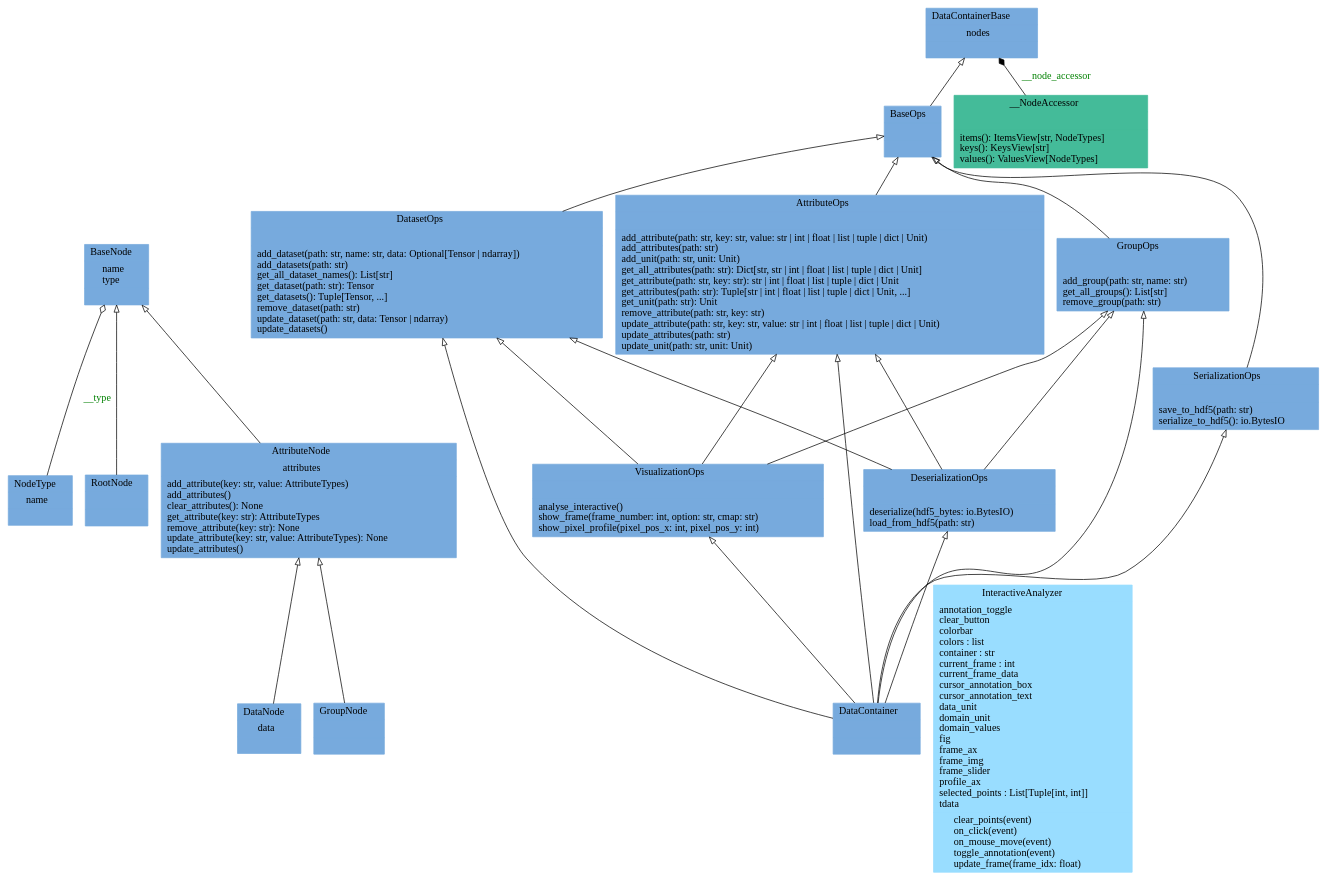
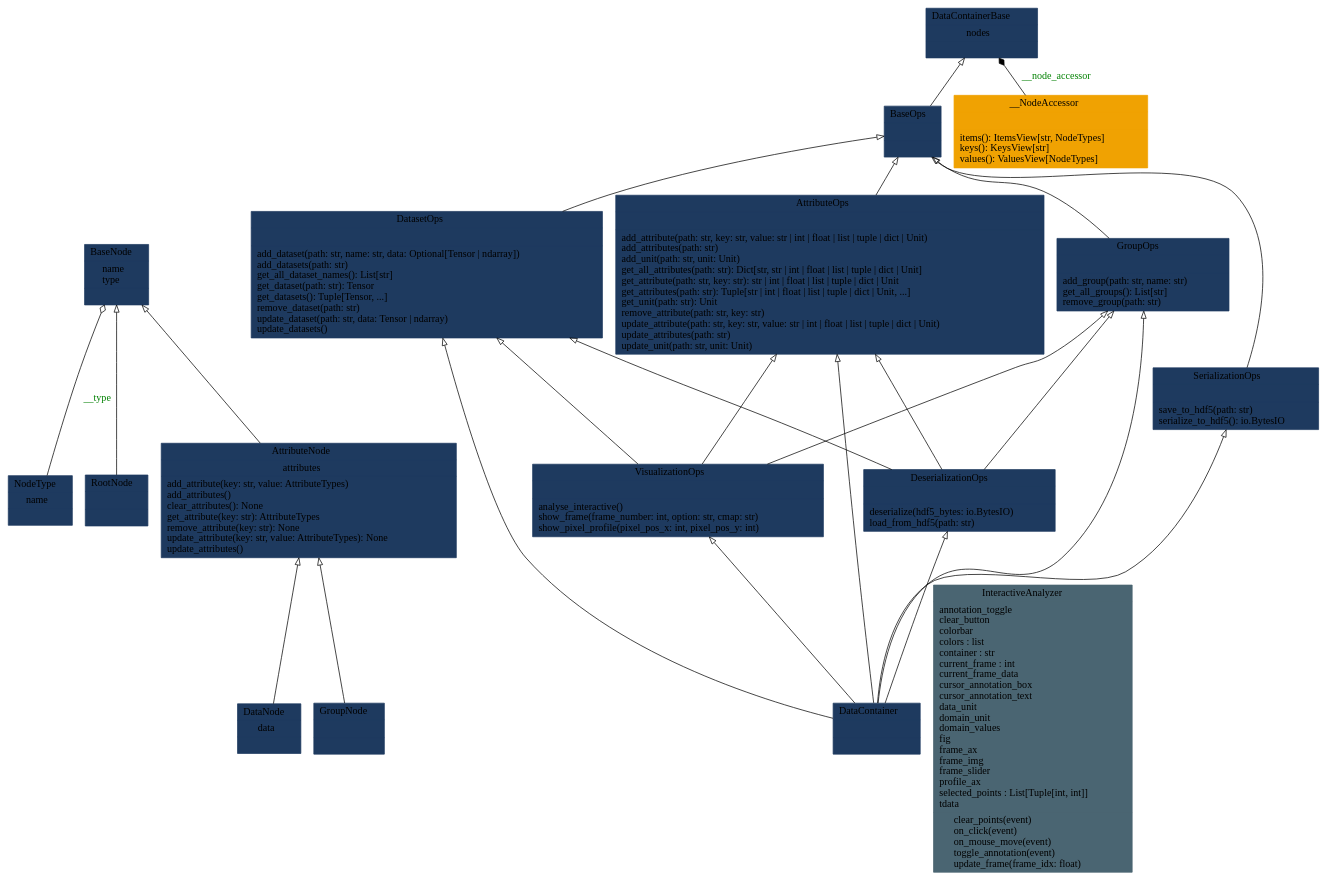
Before and after one commit to voidsy-gmbh/pyThermoNDT: the diagram in docs/pyreverse/classes_pythermondt.data.datacontainer.gv, drawn with Graphviz. The commit also changed 25 other files, not shown here.

Commit message:
Update pyreverse diagrams

```diff
--- a/docs/pyreverse/classes_pythermondt.data.datacontainer.gv
+++ b/docs/pyreverse/classes_pythermondt.data.datacontainer.gv
@@ -1,23 +1,23 @@
 digraph "classes_pythermondt.data.datacontainer" {
 rankdir=BT
 charset="utf-8"
-"pythermondt.data.datacontainer.node.AttributeNode" [color="#77AADD", fontcolor="black", label=<{AttributeNode|attributes<br ALIGN="LEFT"/>|add_attribute(key: str, value: AttributeTypes)<br ALIGN="LEFT"/>add_attributes()<br ALIGN="LEFT"/>clear_attributes(): None<br ALIGN="LEFT"/>get_attribute(key: str): AttributeTypes<br ALIGN="LEFT"/>remove_attribute(key: str): None<br ALIGN="LEFT"/>update_attribute(key: str, value: AttributeTypes): None<br ALIGN="LEFT"/>update_attributes()<br ALIGN="LEFT"/>}>, shape="record", style="filled"];
-"pythermondt.data.datacontainer.attribute_ops.AttributeOps" [color="#77AADD", fontcolor="black", label=<{AttributeOps|<br ALIGN="LEFT"/>|add_attribute(path: str, key: str, value: str \| int \| float \| list \| tuple \| dict \| Unit)<br ALIGN="LEFT"/>add_attributes(path: str)<br ALIGN="LEFT"/>add_unit(path: str, unit: Unit)<br ALIGN="LEFT"/>get_all_attributes(path: str): Dict[str, str \| int \| float \| list \| tuple \| dict \| Unit]<br ALIGN="LEFT"/>get_attribute(path: str, key: str): str \| int \| float \| list \| tuple \| dict \| Unit<br ALIGN="LEFT"/>get_attributes(path: str): Tuple[str \| int \| float \| list \| tuple \| dict \| Unit, ...]<br ALIGN="LEFT"/>get_unit(path: str): Unit<br ALIGN="LEFT"/>remove_attribute(path: str, key: str)<br ALIGN="LEFT"/>update_attribute(path: str, key: str, value: str \| int \| float \| list \| tuple \| dict \| Unit)<br ALIGN="LEFT"/>update_attributes(path: str)<br ALIGN="LEFT"/>update_unit(path: str, unit: Unit)<br ALIGN="LEFT"/>}>, shape="record", style="filled"];
-"pythermondt.data.datacontainer.node.BaseNode" [color="#77AADD", fontcolor="black", label=<{BaseNode|name<br ALIGN="LEFT"/>type<br ALIGN="LEFT"/>|}>, shape="record", style="filled"];
-"pythermondt.data.datacontainer.base.BaseOps" [color="#77AADD", fontcolor="black", label=<{BaseOps|<br ALIGN="LEFT"/>|}>, shape="record", style="filled"];
-"pythermondt.data.datacontainer.core.DataContainer" [color="#77AADD", fontcolor="black", label=<{DataContainer|<br ALIGN="LEFT"/>|}>, shape="record", style="filled"];
-"pythermondt.data.datacontainer.base.DataContainerBase" [color="#77AADD", fontcolor="black", label=<{DataContainerBase|nodes<br ALIGN="LEFT"/>|}>, shape="record", style="filled"];
-"pythermondt.data.datacontainer.node.DataNode" [color="#77AADD", fontcolor="black", label=<{DataNode|data<br ALIGN="LEFT"/>|}>, shape="record", style="filled"];
-"pythermondt.data.datacontainer.dataset_ops.DatasetOps" [color="#77AADD", fontcolor="black", label=<{DatasetOps|<br ALIGN="LEFT"/>|add_dataset(path: str, name: str, data: Optional[Tensor \| ndarray])<br ALIGN="LEFT"/>add_datasets(path: str)<br ALIGN="LEFT"/>get_all_dataset_names(): List[str]<br ALIGN="LEFT"/>get_dataset(path: str): Tensor<br ALIGN="LEFT"/>get_datasets(): Tuple[Tensor, ...]<br ALIGN="LEFT"/>remove_dataset(path: str)<br ALIGN="LEFT"/>update_dataset(path: str, data: Tensor \| ndarray)<br ALIGN="LEFT"/>update_datasets()<br ALIGN="LEFT"/>}>, shape="record", style="filled"];
-"pythermondt.data.datacontainer.serialization_ops.DeserializationOps" [color="#77AADD", fontcolor="black", label=<{DeserializationOps|<br ALIGN="LEFT"/>|deserialize(hdf5_bytes: io.BytesIO)<br ALIGN="LEFT"/>load_from_hdf5(path: str)<br ALIGN="LEFT"/>}>, shape="record", style="filled"];
-"pythermondt.data.datacontainer.node.GroupNode" [color="#77AADD", fontcolor="black", label=<{GroupNode|<br ALIGN="LEFT"/>|}>, shape="record", style="filled"];
-"pythermondt.data.datacontainer.group_ops.GroupOps" [color="#77AADD", fontcolor="black", label=<{GroupOps|<br ALIGN="LEFT"/>|add_group(path: str, name: str)<br ALIGN="LEFT"/>get_all_groups(): List[str]<br ALIGN="LEFT"/>remove_group(path: str)<br ALIGN="LEFT"/>}>, shape="record", style="filled"];
-"pythermondt.data.datacontainer.visualization_ops.VisualizationOps.InteractiveAnalyzer" [color="#99DDFF", fontcolor="black", label=<{InteractiveAnalyzer|annotation_toggle<br ALIGN="LEFT"/>clear_button<br ALIGN="LEFT"/>colorbar<br ALIGN="LEFT"/>colors : list<br ALIGN="LEFT"/>container : str<br ALIGN="LEFT"/>current_frame : int<br ALIGN="LEFT"/>current_frame_data<br ALIGN="LEFT"/>cursor_annotation_box<br ALIGN="LEFT"/>cursor_annotation_text<br ALIGN="LEFT"/>data_unit<br ALIGN="LEFT"/>domain_unit<br ALIGN="LEFT"/>domain_values<br ALIGN="LEFT"/>fig<br ALIGN="LEFT"/>frame_ax<br ALIGN="LEFT"/>frame_img<br ALIGN="LEFT"/>frame_slider<br ALIGN="LEFT"/>profile_ax<br ALIGN="LEFT"/>selected_points : List[Tuple[int, int]]<br ALIGN="LEFT"/>tdata<br ALIGN="LEFT"/>|clear_points(event)<br ALIGN="LEFT"/>on_click(event)<br ALIGN="LEFT"/>on_mouse_move(event)<br ALIGN="LEFT"/>toggle_annotation(event)<br ALIGN="LEFT"/>update_frame(frame_idx: float)<br ALIGN="LEFT"/>}>, shape="record", style="filled"];
-"pythermondt.data.datacontainer.node.NodeType" [color="#77AADD", fontcolor="black", label=<{NodeType|name<br ALIGN="LEFT"/>|}>, shape="record", style="filled"];
-"pythermondt.data.datacontainer.node.RootNode" [color="#77AADD", fontcolor="black", label=<{RootNode|<br ALIGN="LEFT"/>|}>, shape="record", style="filled"];
-"pythermondt.data.datacontainer.serialization_ops.SerializationOps" [color="#77AADD", fontcolor="black", label=<{SerializationOps|<br ALIGN="LEFT"/>|save_to_hdf5(path: str)<br ALIGN="LEFT"/>serialize_to_hdf5(): io.BytesIO<br ALIGN="LEFT"/>}>, shape="record", style="filled"];
-"pythermondt.data.datacontainer.visualization_ops.VisualizationOps" [color="#77AADD", fontcolor="black", label=<{VisualizationOps|<br ALIGN="LEFT"/>|analyse_interactive()<br ALIGN="LEFT"/>show_frame(frame_number: int, option: str, cmap: str)<br ALIGN="LEFT"/>show_pixel_profile(pixel_pos_x: int, pixel_pos_y: int)<br ALIGN="LEFT"/>}>, shape="record", style="filled"];
-"pythermondt.data.datacontainer.base.DataContainerBase.__NodeAccessor" [color="#44BB99", fontcolor="black", label=<{__NodeAccessor|<br ALIGN="LEFT"/>|items(): ItemsView[str, NodeTypes]<br ALIGN="LEFT"/>keys(): KeysView[str]<br ALIGN="LEFT"/>values(): ValuesView[NodeTypes]<br ALIGN="LEFT"/>}>, shape="record", style="filled"];
+"pythermondt.data.datacontainer.node.AttributeNode" [color="#1E3A5F", fontcolor="black", label=<{AttributeNode|attributes<br ALIGN="LEFT"/>|add_attribute(key: str, value: AttributeTypes)<br ALIGN="LEFT"/>add_attributes()<br ALIGN="LEFT"/>clear_attributes(): None<br ALIGN="LEFT"/>get_attribute(key: str): AttributeTypes<br ALIGN="LEFT"/>remove_attribute(key: str): None<br ALIGN="LEFT"/>update_attribute(key: str, value: AttributeTypes): None<br ALIGN="LEFT"/>update_attributes()<br ALIGN="LEFT"/>}>, shape="record", style="filled"];
+"pythermondt.data.datacontainer.attribute_ops.AttributeOps" [color="#1E3A5F", fontcolor="black", label=<{AttributeOps|<br ALIGN="LEFT"/>|add_attribute(path: str, key: str, value: str \| int \| float \| list \| tuple \| dict \| Unit)<br ALIGN="LEFT"/>add_attributes(path: str)<br ALIGN="LEFT"/>add_unit(path: str, unit: Unit)<br ALIGN="LEFT"/>get_all_attributes(path: str): Dict[str, str \| int \| float \| list \| tuple \| dict \| Unit]<br ALIGN="LEFT"/>get_attribute(path: str, key: str): str \| int \| float \| list \| tuple \| dict \| Unit<br ALIGN="LEFT"/>get_attributes(path: str): Tuple[str \| int \| float \| list \| tuple \| dict \| Unit, ...]<br ALIGN="LEFT"/>get_unit(path: str): Unit<br ALIGN="LEFT"/>remove_attribute(path: str, key: str)<br ALIGN="LEFT"/>update_attribute(path: str, key: str, value: str \| int \| float \| list \| tuple \| dict \| Unit)<br ALIGN="LEFT"/>update_attributes(path: str)<br ALIGN="LEFT"/>update_unit(path: str, unit: Unit)<br ALIGN="LEFT"/>}>, shape="record", style="filled"];
+"pythermondt.data.datacontainer.node.BaseNode" [color="#1E3A5F", fontcolor="black", label=<{BaseNode|name<br ALIGN="LEFT"/>type<br ALIGN="LEFT"/>|}>, shape="record", style="filled"];
+"pythermondt.data.datacontainer.base.BaseOps" [color="#1E3A5F", fontcolor="black", label=<{BaseOps|<br ALIGN="LEFT"/>|}>, shape="record", style="filled"];
+"pythermondt.data.datacontainer.core.DataContainer" [color="#1E3A5F", fontcolor="black", label=<{DataContainer|<br ALIGN="LEFT"/>|}>, shape="record", style="filled"];
+"pythermondt.data.datacontainer.base.DataContainerBase" [color="#1E3A5F", fontcolor="black", label=<{DataContainerBase|nodes<br ALIGN="LEFT"/>|}>, shape="record", style="filled"];
+"pythermondt.data.datacontainer.node.DataNode" [color="#1E3A5F", fontcolor="black", label=<{DataNode|data<br ALIGN="LEFT"/>|}>, shape="record", style="filled"];
+"pythermondt.data.datacontainer.dataset_ops.DatasetOps" [color="#1E3A5F", fontcolor="black", label=<{DatasetOps|<br ALIGN="LEFT"/>|add_dataset(path: str, name: str, data: Optional[Tensor \| ndarray])<br ALIGN="LEFT"/>add_datasets(path: str)<br ALIGN="LEFT"/>get_all_dataset_names(): List[str]<br ALIGN="LEFT"/>get_dataset(path: str): Tensor<br ALIGN="LEFT"/>get_datasets(): Tuple[Tensor, ...]<br ALIGN="LEFT"/>remove_dataset(path: str)<br ALIGN="LEFT"/>update_dataset(path: str, data: Tensor \| ndarray)<br ALIGN="LEFT"/>update_datasets()<br ALIGN="LEFT"/>}>, shape="record", style="filled"];
+"pythermondt.data.datacontainer.serialization_ops.DeserializationOps" [color="#1E3A5F", fontcolor="black", label=<{DeserializationOps|<br ALIGN="LEFT"/>|deserialize(hdf5_bytes: io.BytesIO)<br ALIGN="LEFT"/>load_from_hdf5(path: str)<br ALIGN="LEFT"/>}>, shape="record", style="filled"];
+"pythermondt.data.datacontainer.node.GroupNode" [color="#1E3A5F", fontcolor="black", label=<{GroupNode|<br ALIGN="LEFT"/>|}>, shape="record", style="filled"];
+"pythermondt.data.datacontainer.group_ops.GroupOps" [color="#1E3A5F", fontcolor="black", label=<{GroupOps|<br ALIGN="LEFT"/>|add_group(path: str, name: str)<br ALIGN="LEFT"/>get_all_groups(): List[str]<br ALIGN="LEFT"/>remove_group(path: str)<br ALIGN="LEFT"/>}>, shape="record", style="filled"];
+"pythermondt.data.datacontainer.visualization_ops.VisualizationOps.InteractiveAnalyzer" [color="#4A6572", fontcolor="black", label=<{InteractiveAnalyzer|annotation_toggle<br ALIGN="LEFT"/>clear_button<br ALIGN="LEFT"/>colorbar<br ALIGN="LEFT"/>colors : list<br ALIGN="LEFT"/>container : str<br ALIGN="LEFT"/>current_frame : int<br ALIGN="LEFT"/>current_frame_data<br ALIGN="LEFT"/>cursor_annotation_box<br ALIGN="LEFT"/>cursor_annotation_text<br ALIGN="LEFT"/>data_unit<br ALIGN="LEFT"/>domain_unit<br ALIGN="LEFT"/>domain_values<br ALIGN="LEFT"/>fig<br ALIGN="LEFT"/>frame_ax<br ALIGN="LEFT"/>frame_img<br ALIGN="LEFT"/>frame_slider<br ALIGN="LEFT"/>profile_ax<br ALIGN="LEFT"/>selected_points : List[Tuple[int, int]]<br ALIGN="LEFT"/>tdata<br ALIGN="LEFT"/>|clear_points(event)<br ALIGN="LEFT"/>on_click(event)<br ALIGN="LEFT"/>on_mouse_move(event)<br ALIGN="LEFT"/>toggle_annotation(event)<br ALIGN="LEFT"/>update_frame(frame_idx: float)<br ALIGN="LEFT"/>}>, shape="record", style="filled"];
+"pythermondt.data.datacontainer.node.NodeType" [color="#1E3A5F", fontcolor="black", label=<{NodeType|name<br ALIGN="LEFT"/>|}>, shape="record", style="filled"];
+"pythermondt.data.datacontainer.node.RootNode" [color="#1E3A5F", fontcolor="black", label=<{RootNode|<br ALIGN="LEFT"/>|}>, shape="record", style="filled"];
+"pythermondt.data.datacontainer.serialization_ops.SerializationOps" [color="#1E3A5F", fontcolor="black", label=<{SerializationOps|<br ALIGN="LEFT"/>|save_to_hdf5(path: str)<br ALIGN="LEFT"/>serialize_to_hdf5(): io.BytesIO<br ALIGN="LEFT"/>}>, shape="record", style="filled"];
+"pythermondt.data.datacontainer.visualization_ops.VisualizationOps" [color="#1E3A5F", fontcolor="black", label=<{VisualizationOps|<br ALIGN="LEFT"/>|analyse_interactive()<br ALIGN="LEFT"/>show_frame(frame_number: int, option: str, cmap: str)<br ALIGN="LEFT"/>show_pixel_profile(pixel_pos_x: int, pixel_pos_y: int)<br ALIGN="LEFT"/>}>, shape="record", style="filled"];
+"pythermondt.data.datacontainer.base.DataContainerBase.__NodeAccessor" [color="#F0A202", fontcolor="black", label=<{__NodeAccessor|<br ALIGN="LEFT"/>|items(): ItemsView[str, NodeTypes]<br ALIGN="LEFT"/>keys(): KeysView[str]<br ALIGN="LEFT"/>values(): ValuesView[NodeTypes]<br ALIGN="LEFT"/>}>, shape="record", style="filled"];
 "pythermondt.data.datacontainer.attribute_ops.AttributeOps" -> "pythermondt.data.datacontainer.base.BaseOps" [arrowhead="empty", arrowtail="none"];
 "pythermondt.data.datacontainer.base.BaseOps" -> "pythermondt.data.datacontainer.base.DataContainerBase" [arrowhead="empty", arrowtail="none"];
 "pythermondt.data.datacontainer.core.DataContainer" -> "pythermondt.data.datacontainer.attribute_ops.AttributeOps" [arrowhead="empty", arrowtail="none"];
```
